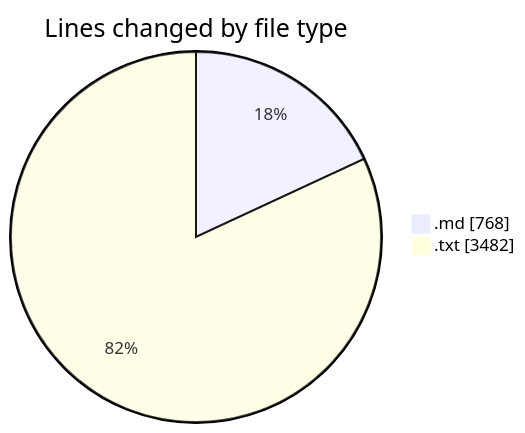
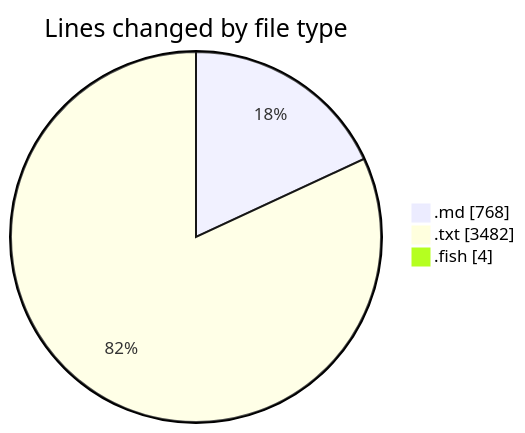
One commit to EIIisD/code-tracking changed the first of 2 diagrams in 2025-07-13/drive-download-20250712t233552z-1-001/README.md. Above: the diagram before and after it, drawn with Mermaid. The commit also changed other lines of this file and 1 other file, not shown here.

````diff
--- a/2025-07-13/drive-download-20250712t233552z-1-001/README.md
+++ b/2025-07-13/drive-download-20250712t233552z-1-001/README.md
@@ -22,6 +23,7 @@
 ```mermaid
 pie showData
 title Lines changed by file type
 ".md" : 768
 ".txt" : 3482
+".fish" : 4
 ```
````
